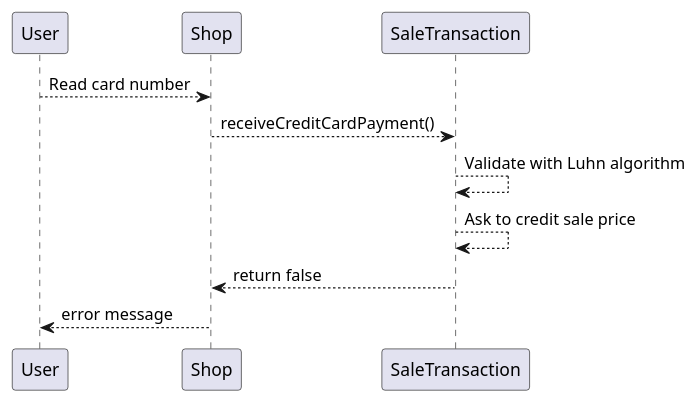
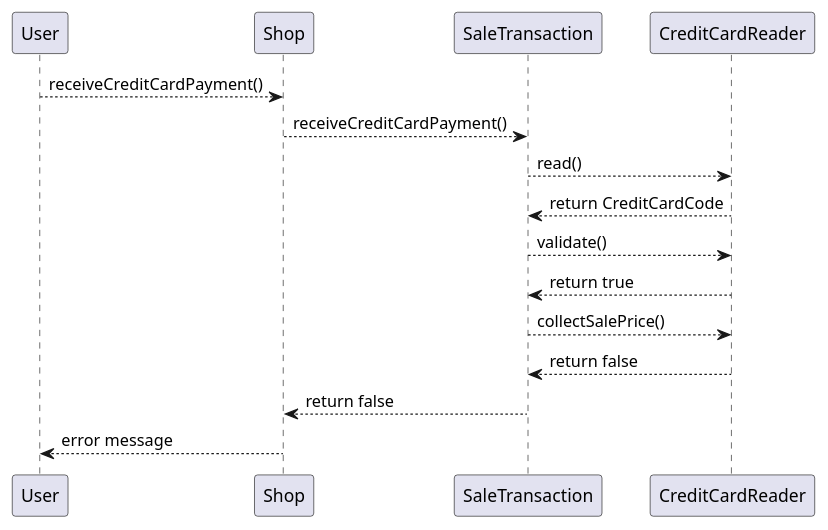
Diagram 11 of 12 in Deliverables/DesignDocument.md (Stormz4/group20-EzShop), drawn with PlantUML before and after one commit. The commit also changed other lines of this file, not shown here.

Commit message:
Docs: Design Doc - Add Readers (Package Diagram + Class Diagram), fixed Seq Diag for UC7

````diff
--- a/Deliverables/DesignDocument.md
+++ b/Deliverables/DesignDocument.md
@@ -405,10 +479,14 @@
 ```plantuml
 @startuml
-User --> Shop: Read card number
+User --> Shop: receiveCreditCardPayment()
 Shop --> SaleTransaction: receiveCreditCardPayment()
-SaleTransaction --> SaleTransaction: Validate with Luhn algorithm
-SaleTransaction --> SaleTransaction: Ask to credit sale price
+SaleTransaction --> CreditCardReader: read()
+CreditCardReader --> SaleTransaction: return CreditCardCode
+SaleTransaction --> CreditCardReader: validate() 
+CreditCardReader --> SaleTransaction: return true
+SaleTransaction --> CreditCardReader: collectSalePrice()
+CreditCardReader --> SaleTransaction: return false
 SaleTransaction --> Shop: return false
 Shop --> User : error message
 @enduml
 ```
````
